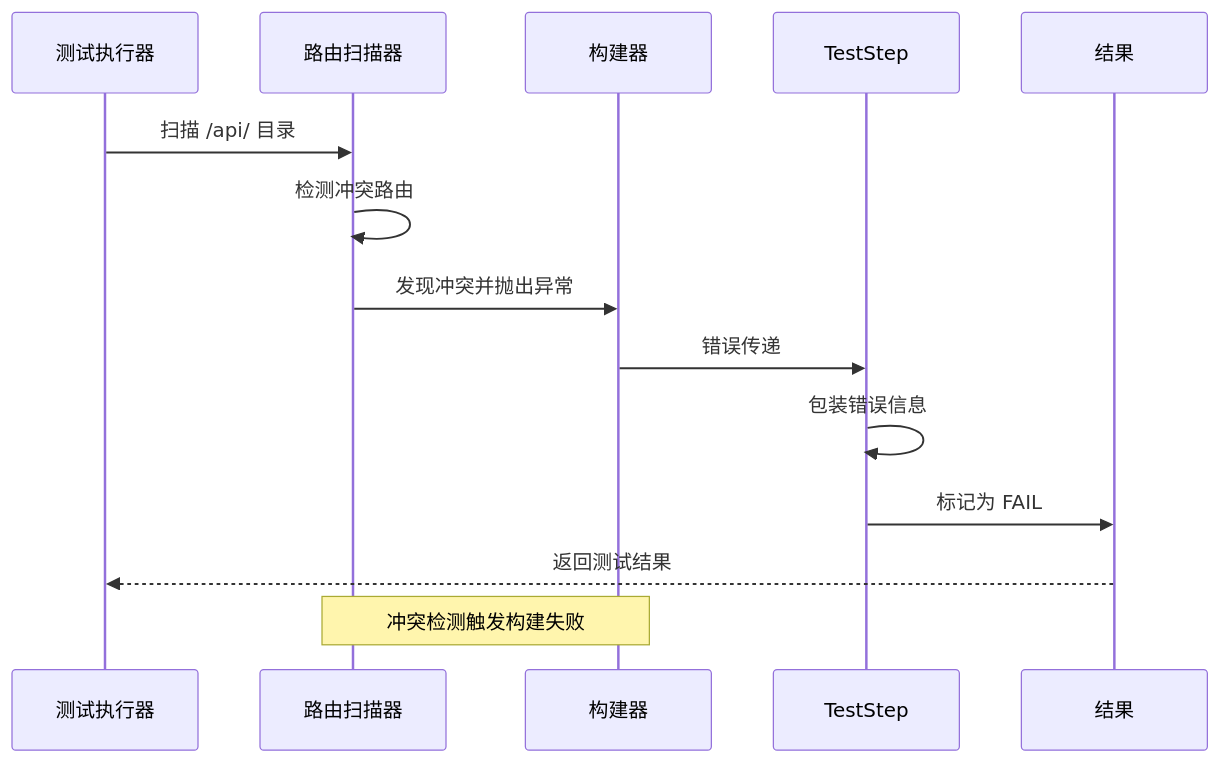
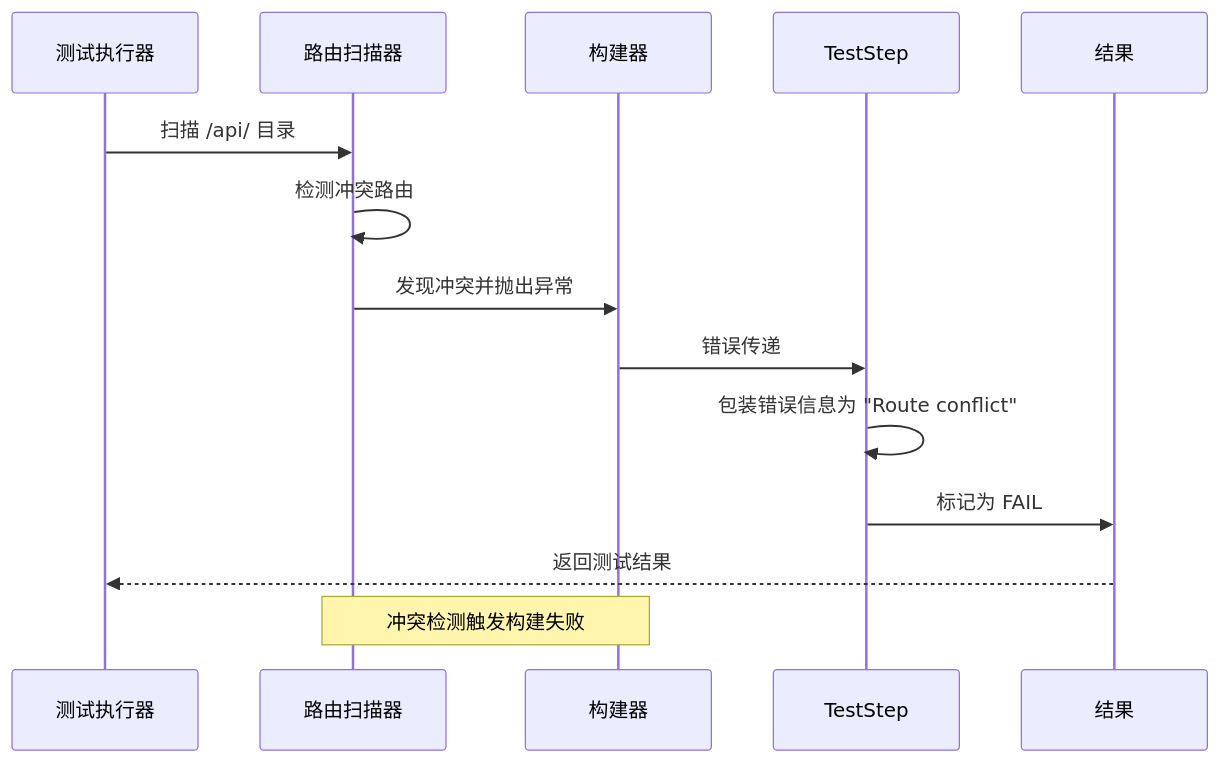
The second of 7 diagrams in .qoder/repowiki/zh/content/无服务器函数测试/路由冲突检测测试.md (esa-sp/test-for-aone-ci), drawn with Mermaid before and after one commit. The commit also changed other lines of this file and 2 other files, not shown here.

````diff
--- a/.qoder/repowiki/zh/content/无服务器函数测试/路由冲突检测测试.md
+++ b/.qoder/repowiki/zh/content/无服务器函数测试/路由冲突检测测试.md
@@ -94,16 +102,16 @@
 ```mermaid
 sequenceDiagram
 participant Test as 测试执行器
 participant Scanner as 路由扫描器
 participant Builder as 构建器
 participant Step as TestStep
 participant Result as 结果
 Test->>Scanner : 扫描 /api/ 目录
 Scanner->>Scanner : 检测冲突路由
 Scanner->>Builder : 发现冲突并抛出异常
 Builder->>Step : 错误传递
-Step->>Step : 包装错误信息
+Step->>Step : 包装错误信息为 "Route conflict"
 Step->>Result : 标记为 FAIL
 Result-->>Test : 返回测试结果
 Note over Scanner,Builder : 冲突检测触发构建失败
 ```
````
